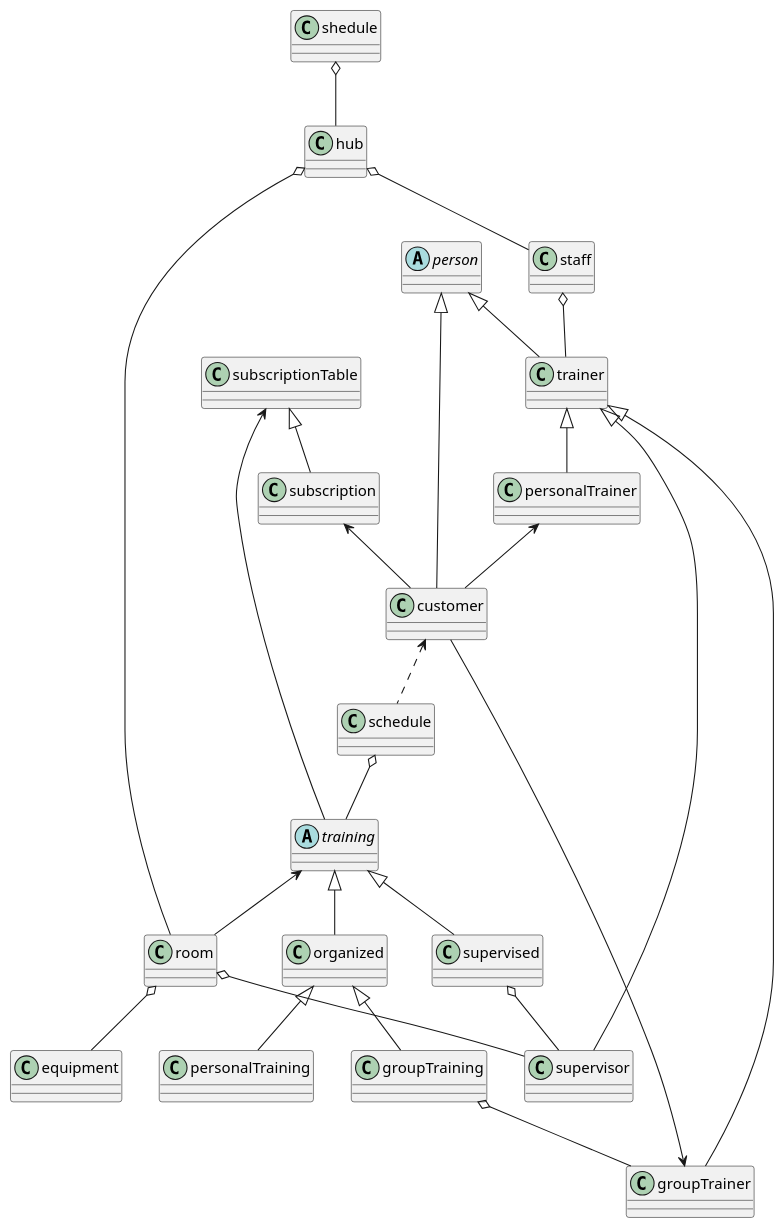
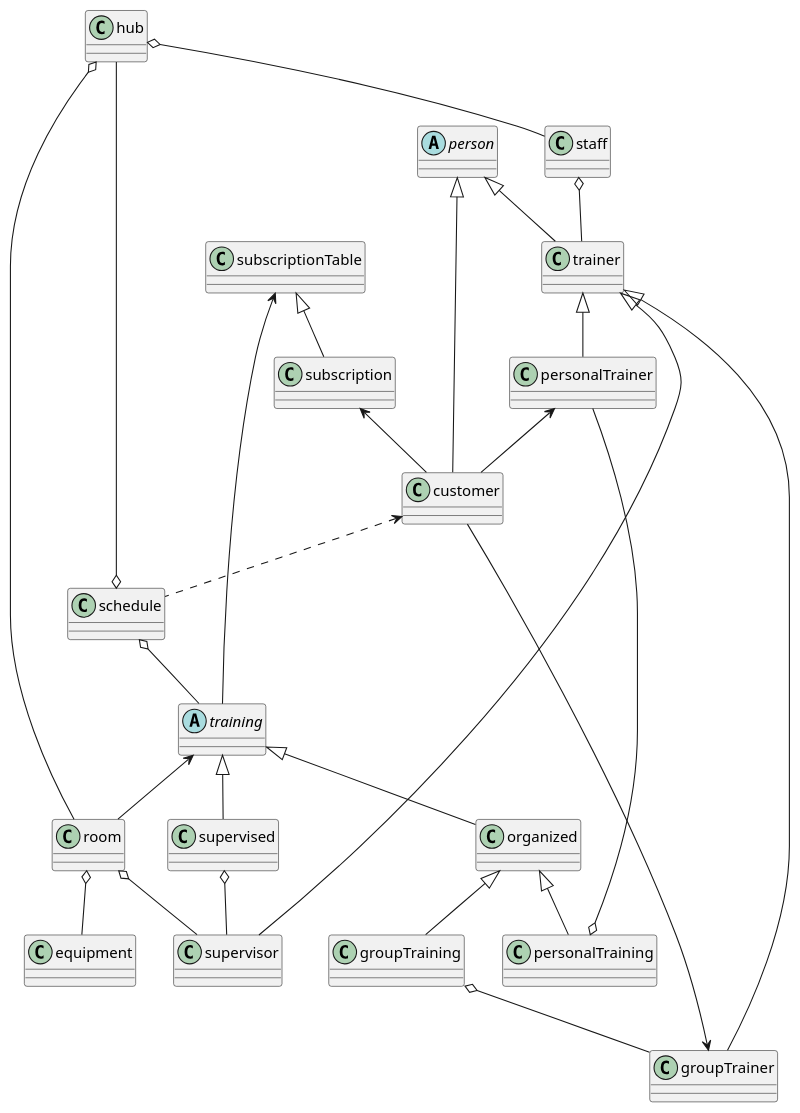
One commit to vitalispopoff/CentrumSportu changed the diagram in _docs/SportHubClassStructure.puml. Above: the diagram before and after it, drawn with PlantUML. The commit also changed 3 other files, not shown here.

```diff
--- a/_docs/SportHubClassStructure.puml
+++ b/_docs/SportHubClassStructure.puml
@@ -1,73 +1,73 @@
 @startuml
 class hub
 class staff
 class equipment
 
 class schedule
 class room
 
 abstract class training
 class organized
 class personalTraining
 class groupTraining
 
 training <|-- organized
 training <|--supervised
 
 organized <|-- groupTraining
 organized <|-- personalTraining
 
 
 staff o-- trainer
 
 abstract class person
 
 person <|-- customer
 person <|-- trainer
 
 class customer
 
 class trainer
 personalTrainer <--customer
 groupTrainer <--customer
 
 class personalTrainer
 class groupTrainer
 class supervisor
 
 trainer <|-- personalTrainer
 trainer <|-- groupTrainer
 trainer <|-- supervisor
 
 room o-- supervisor
 groupTraining o-- groupTrainer
-
+personalTraining o-- personalTrainer
 supervised o-- supervisor
 
 
 hub o-- room
 room o-- equipment
 schedule o-- training
-shedule o-- hub
+schedule o-- hub
 hub o-- staff
 customer <.. schedule
 
 subscription <--customer
 training <-- room
 
 class subscriptionTable
 
 subscriptionTable <|-- subscription
 subscriptionTable <-- training
 
 
 
 
 
 
 
 
 
 
 
 @enduml
```
